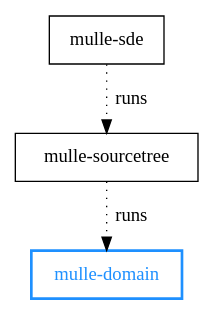
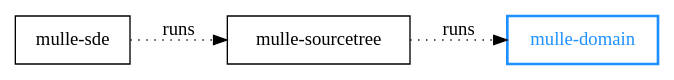
The diagram in dox/mulle-domain-overview.dot (mulle-sde/mulle-domain), drawn with Graphviz before and after one commit. The commit also changed 6 other files, not shown here.

```diff
--- a/dox/mulle-domain-overview.dot
+++ b/dox/mulle-domain-overview.dot
@@ -1,15 +1,15 @@
 digraph G {
-    graph [rankdir = TD];
+    graph [rankdir = LR];
 
     node[shape=record];
     edge [ label=" runs", style="dotted" ]
     subgraph agnostic
     {
         label = "Language agnostic";
 
-        "mulle-sde"       -> "mulle-sourcetree"
+        "mulle-sde"        -> "mulle-sourcetree"
         "mulle-sourcetree" -> "mulle-domain"
 
         "mulle-domain"   [ color="dodgerblue"; fontcolor="dodgerblue"; penwidth="2"]
     }
 }
```
